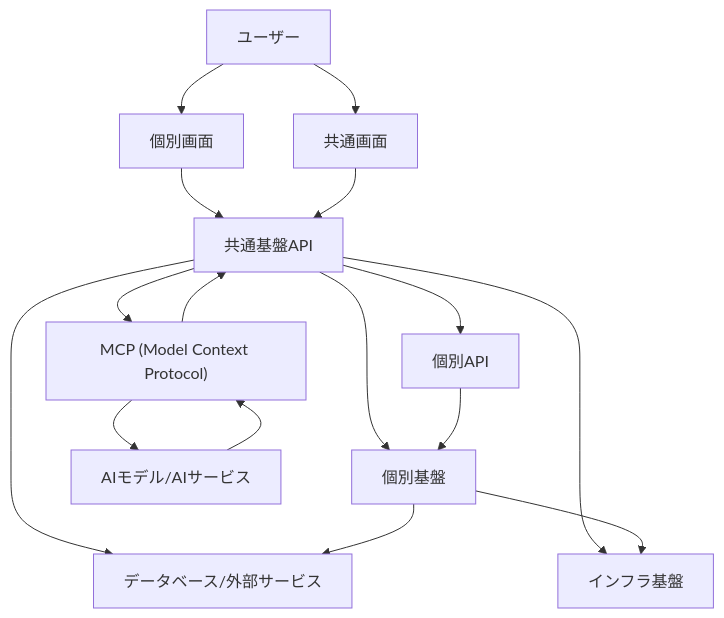
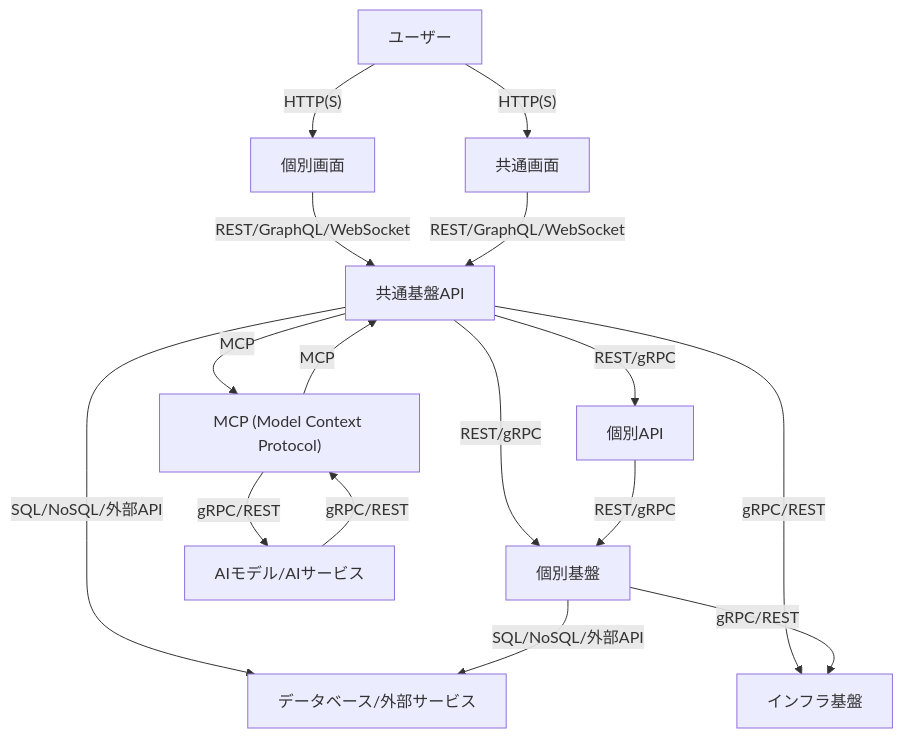
One commit to RyuheiKiso/KisoFramework changed the first of 2 diagrams in docs/00_全体/06_アーキテクチャ.md. Above: the diagram before and after it, drawn with Mermaid.

Commit message:
feat: アーキテクチャ図のHTTP(S)およびAPIプロトコルの明確化
- ユーザーとUI間の通信をHTTP(S)で示すように変更
- API間の通信プロトコルをREST/GraphQL/WebSocketおよびgRPCに更新
- データベースおよびインフラとの接続方法をSQL/NoSQL/外部APIおよびgRPC/RESTに明示
- MCPノードとの連携をMCPプロトコルで表現

````diff
--- a/docs/00_全体/06_アーキテクチャ.md
+++ b/docs/00_全体/06_アーキテクチャ.md
@@ -50,31 +50,31 @@
 ```mermaid
 graph TD
   User[ユーザー]
   IndividualUI[個別画面]
   CommonUI[共通画面]
   CommonAPI[共通基盤API]
   IndividualAPI[個別API]
   IndividualPlatform[個別基盤]
   DB[データベース/外部サービス]
   Infra[インフラ基盤]
   MCPNode["MCP (Model Context Protocol)"]
   AIModelNode["AIモデル/AIサービス"]
 
-  User --> IndividualUI
-  User --> CommonUI
-  IndividualUI --> CommonAPI
-  CommonUI --> CommonAPI
-  CommonAPI --> IndividualAPI
-  CommonAPI --> DB
-  CommonAPI --> Infra
-  CommonAPI --> IndividualPlatform
-  IndividualAPI --> IndividualPlatform
-  IndividualPlatform --> DB
-  IndividualPlatform --> Infra
+  User -- HTTP(S) --> IndividualUI
+  User -- HTTP(S) --> CommonUI
+  IndividualUI -- REST/GraphQL/WebSocket --> CommonAPI
+  CommonUI -- REST/GraphQL/WebSocket --> CommonAPI
+  CommonAPI -- REST/gRPC --> IndividualAPI
+  CommonAPI -- SQL/NoSQL/外部API --> DB
+  CommonAPI -- gRPC/REST --> Infra
+  CommonAPI -- REST/gRPC --> IndividualPlatform
+  IndividualAPI -- REST/gRPC --> IndividualPlatform
+  IndividualPlatform -- SQL/NoSQL/外部API --> DB
+  IndividualPlatform -- gRPC/REST --> Infra
 
   %% MCP/AI連携
-  CommonAPI --> MCPNode
-  MCPNode --> AIModelNode
-  AIModelNode --> MCPNode
-  MCPNode --> CommonAPI
+  CommonAPI -- MCP --> MCPNode
+  MCPNode -- gRPC/REST --> AIModelNode
+  AIModelNode -- gRPC/REST --> MCPNode
+  MCPNode -- MCP --> CommonAPI
 ```
````
